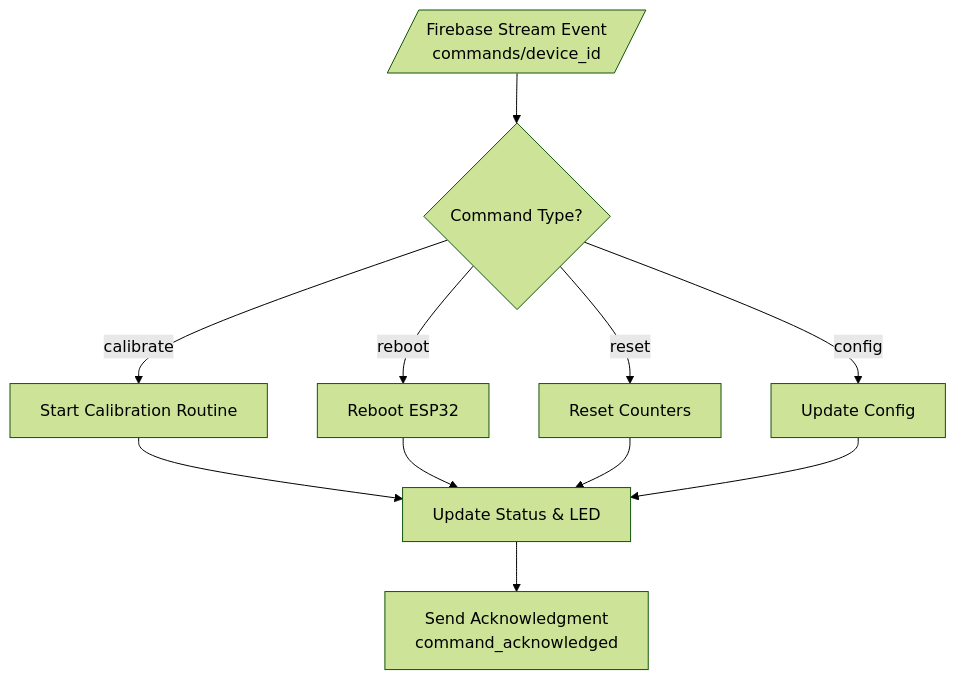
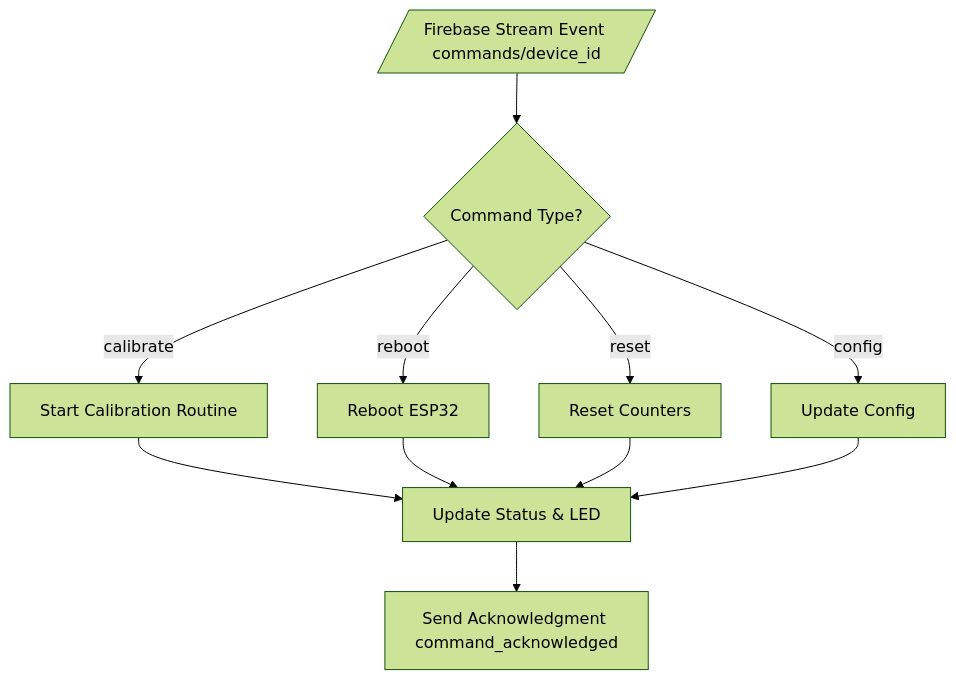
Before and after one commit to qppd/water-meter: the sixth of 8 diagrams in docs/flowchart.md, drawn with Mermaid (forest theme). The commit also changed other lines of this file, not shown here.

Commit message:
Fix flowchart.md diagram 3: remove parentheses from node labels (millis(), >, < not supported by Mermaid)

````diff
--- a/docs/flowchart.md
+++ b/docs/flowchart.md
@@ -211,16 +211,16 @@
 ```mermaid
 flowchart TD
-    Stream[/Firebase Stream Event<br/>commands/device_id/] --> CmdType{Command Type?}
+    Stream[/Firebase Stream Event commands/device_id/] --> CmdType{Command Type?}
     
     CmdType -->|calibrate| CalStart[Start Calibration Routine]
     CmdType -->|reboot| Reboot[Reboot ESP32]
     CmdType -->|reset| Reset[Reset Counters]
     CmdType -->|config| Config[Update Config]
     
     CalStart --> CalStatus[Update Status & LED]
     Reboot --> CalStatus
     Reset --> CalStatus
     Config --> CalStatus
     
-    CalStatus --> Ack[Send Acknowledgment<br/>command_acknowledged]
+    CalStatus --> Ack[Send Acknowledgment command_acknowledged]
 ```
````
